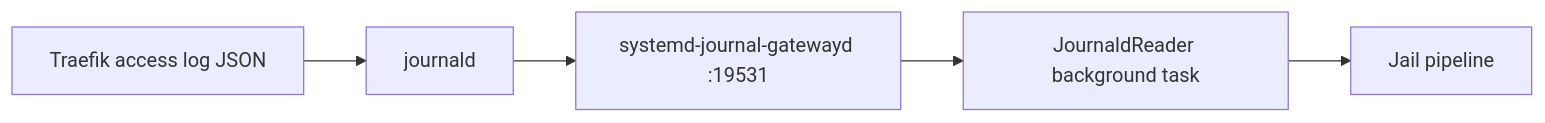
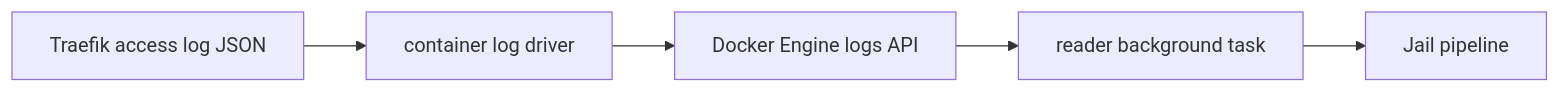
One commit to atareao/shuul changed the second of 3 diagrams in README.md. Above: the diagram before and after it, drawn with Mermaid. The commit also changed other lines of this file and 1 other file, not shown here.

First line of the commit message:
📝 docs(jail): alinear las referencias a gatewayd fuera de §2

````diff
--- a/README.md
+++ b/README.md
@@ -462,7 +468,7 @@
 ```mermaid
 flowchart LR
-  A[Traefik access log JSON] --> B[journald]
-  B --> C["systemd-journal-gatewayd :19531"]
-  C --> D[JournaldReader background task]
+  A[Traefik access log JSON] --> B[container log driver]
+  B --> C["Docker Engine logs API"]
+  C --> D[reader background task]
   D --> E[Jail pipeline]
 ```
````
